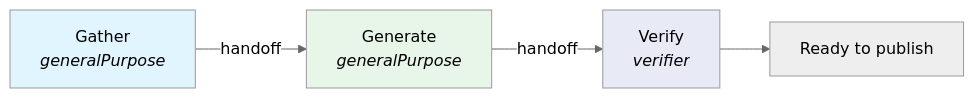
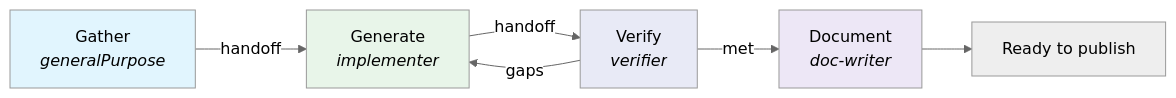
One commit to wildbitca/ai-resources changed the eighth of 13 diagrams in docs/orchestration.md. Above: the diagram before and after it, drawn with Mermaid (neutral theme). The commit also changed other lines of this file and 27 other files, not shown here.

````diff
--- a/docs/orchestration.md
+++ b/docs/orchestration.md
@@ -188,10 +233,13 @@
 ```mermaid
 graph LR
-    GA[Gather<br/><i>generalPurpose</i>] -->|handoff| GE[Generate<br/><i>generalPurpose</i>]
+    GA[Gather<br/><i>generalPurpose</i>] -->|handoff| GE[Generate<br/><i>implementer</i>]
     GE -->|handoff| VE[Verify<br/><i>verifier</i>]
-    VE --> DONE[Ready to publish]
+    VE -->|gaps| GE
+    VE -->|met| DOC[Document<br/><i>doc-writer</i>]
+    DOC --> DONE[Ready to publish]
 
     style GA fill:#e1f5fe
     style GE fill:#e8f5e9
     style VE fill:#e8eaf6
+    style DOC fill:#ede7f6
 ```
````
